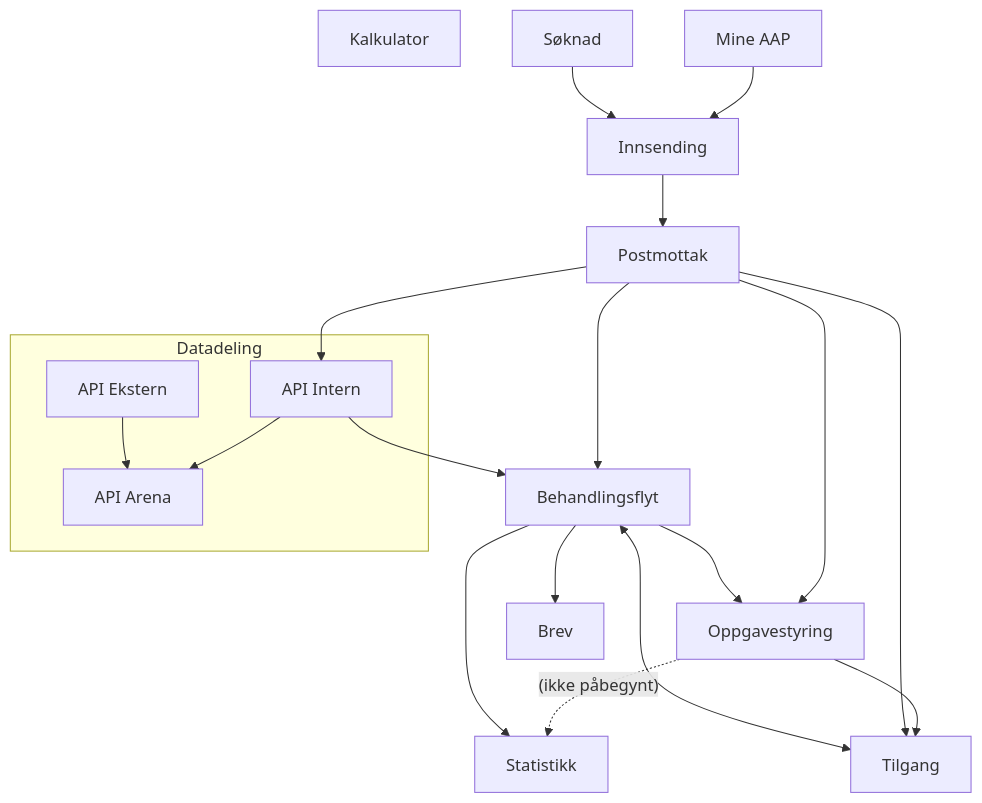
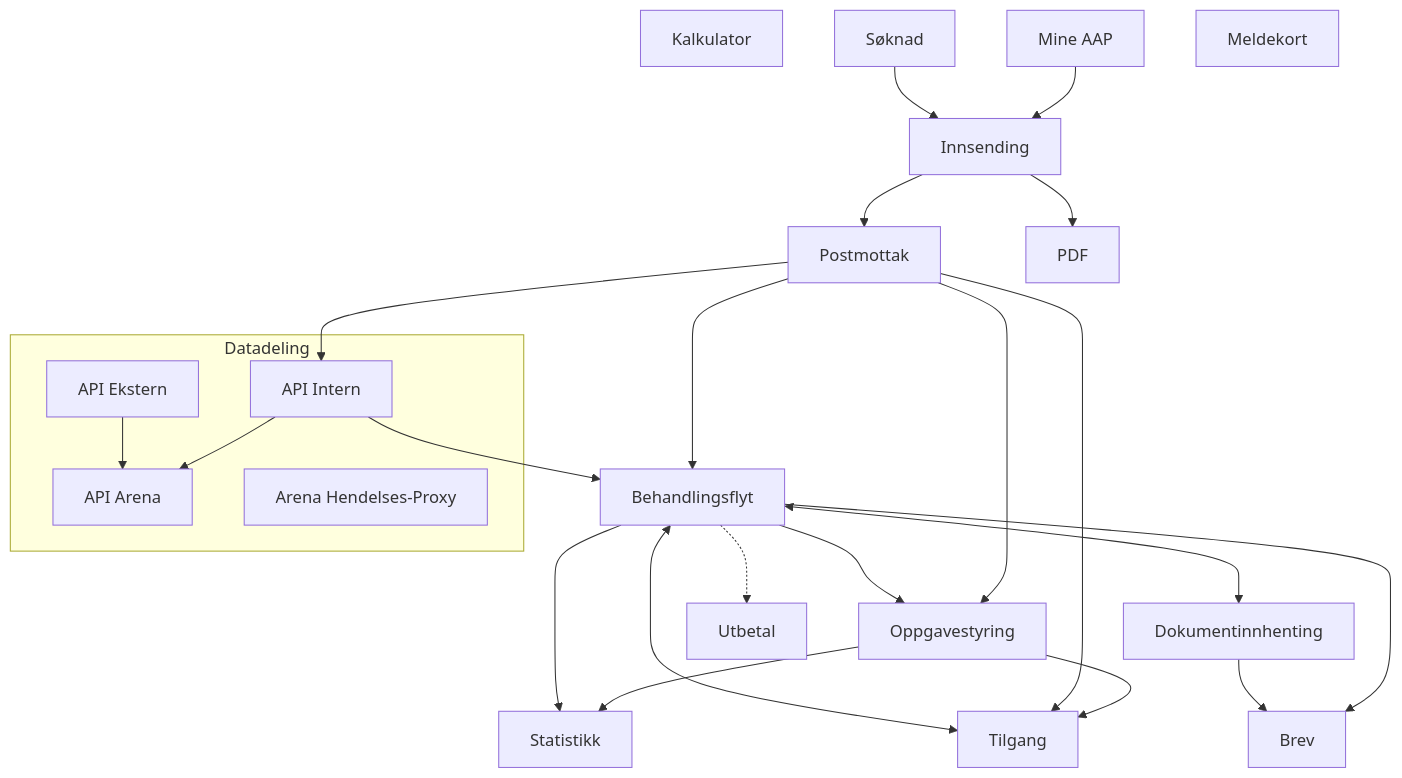
The diagram in docs/funksjonalitet/funksjonalitet.md (navikt/aap-intern-sysdok), drawn with Mermaid before and after one commit.

Commit message:
Oppdatere arkitekturdiagram

````diff
--- a/docs/funksjonalitet/funksjonalitet.md
+++ b/docs/funksjonalitet/funksjonalitet.md
@@ -15,24 +15,31 @@
 ```mermaid
 graph TD
 KA[Kalkulator]
 SK[Søknad] --> IS[Innsending]
+IS --> PM[Postmottak]
 MA[Mine AAP] --> IS
-IS --> PM[Postmottak]
+IS --> PDF
+MK[Meldekort]
 PM --> Behandlingsflyt[Behandlingsflyt]
 Behandlingsflyt --> OP[Oppgavestyring]
 Behandlingsflyt <--> TS[Tilgang]
+Behandlingsflyt <--> Dokumentinnhenting
+Dokumentinnhenting --> BR
+Ø[Utbetal]
+Behandlingsflyt -.-> Ø
 PM --> TS
 PM --> OP
 Behandlingsflyt --> BR[Brev]
 Behandlingsflyt --> ST[Statistikk]
-OP -. (ikke påbegynt) .-> ST
+OP --> ST
 PM --> APII
 subgraph Datadeling
 APIA[API Arena]
 APII[API Intern]
+AHP[Arena Hendelses-Proxy]
 API[API Ekstern] --> APIA
 end
 APII --> Behandlingsflyt
 APII --> APIA
 OP --> TS
 ```
````
